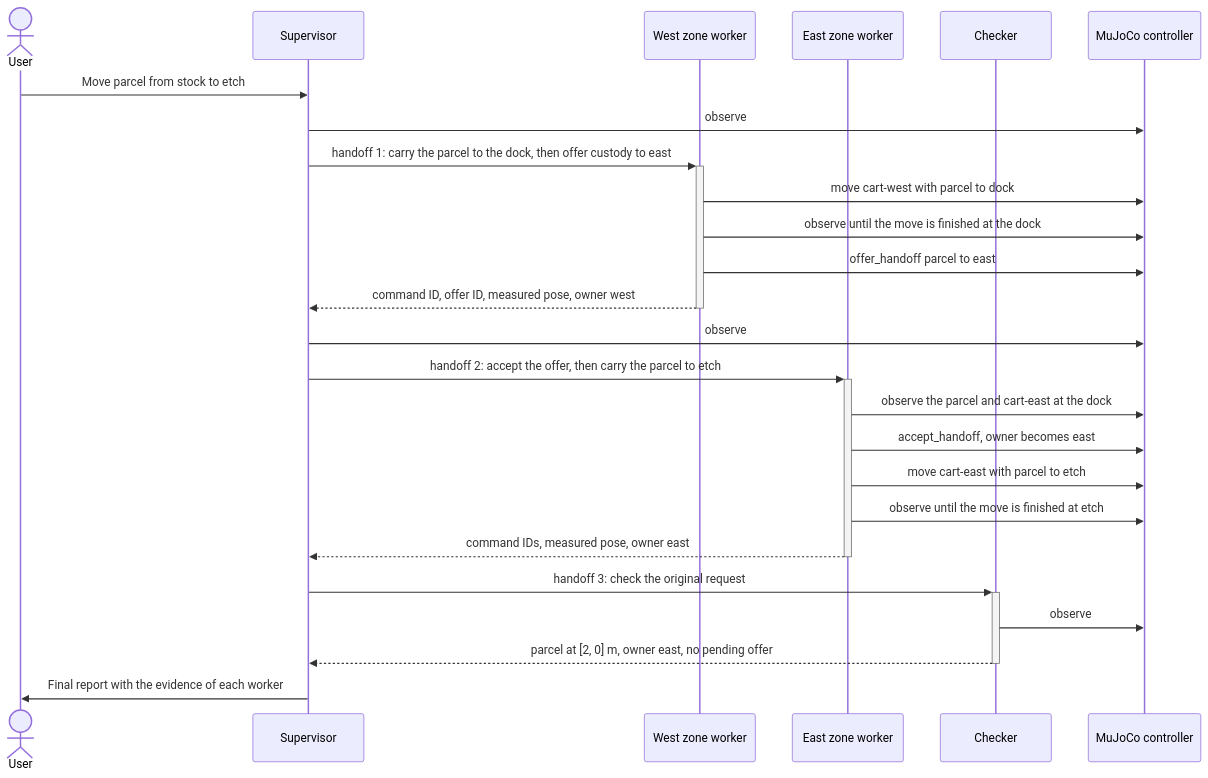
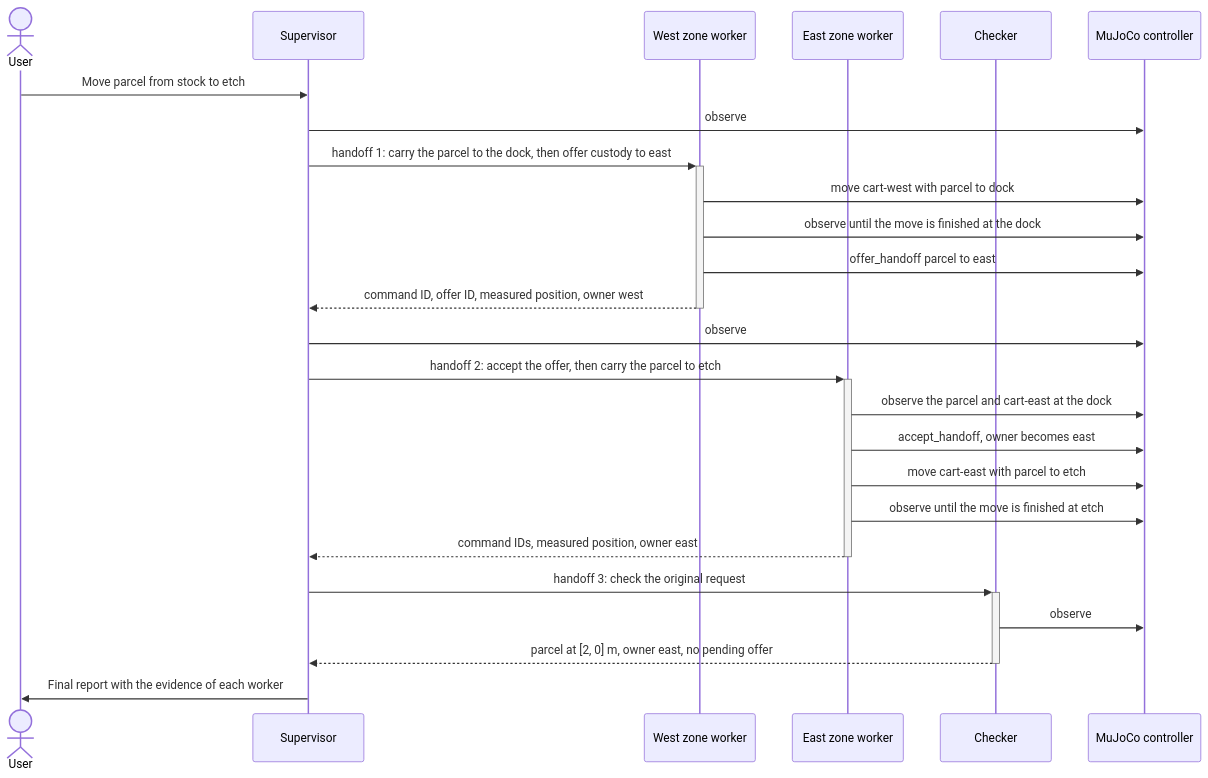
The third of 3 diagrams in examples/robotics/cross-zone-transport/README.md (awslabs/cli-agent-orchestrator), drawn with Mermaid before and after one commit. The commit also changed other lines of this file and 1 other file, not shown here.

````diff
--- a/examples/robotics/cross-zone-transport/README.md
+++ b/examples/robotics/cross-zone-transport/README.md
@@ -325,28 +329,28 @@
 ```mermaid
 sequenceDiagram
     actor User
     participant S as Supervisor
     participant W as West zone worker
     participant E as East zone worker
     participant C as Checker
     participant M as MuJoCo controller
 
     User->>S: Move parcel from stock to etch
     S->>M: observe
     S->>+W: handoff 1: carry the parcel to the dock, then offer custody to east
     W->>M: move cart-west with parcel to dock
     W->>M: observe until the move is finished at the dock
     W->>M: offer_handoff parcel to east
-    W-->>-S: command ID, offer ID, measured pose, owner west
+    W-->>-S: command ID, offer ID, measured position, owner west
     S->>M: observe
     S->>+E: handoff 2: accept the offer, then carry the parcel to etch
     E->>M: observe the parcel and cart-east at the dock
     E->>M: accept_handoff, owner becomes east
     E->>M: move cart-east with parcel to etch
     E->>M: observe until the move is finished at etch
-    E-->>-S: command IDs, measured pose, owner east
+    E-->>-S: command IDs, measured position, owner east
     S->>+C: handoff 3: check the original request
     C->>M: observe
     C-->>-S: parcel at [2, 0] m, owner east, no pending offer
     S->>User: Final report with the evidence of each worker
 ```
````
